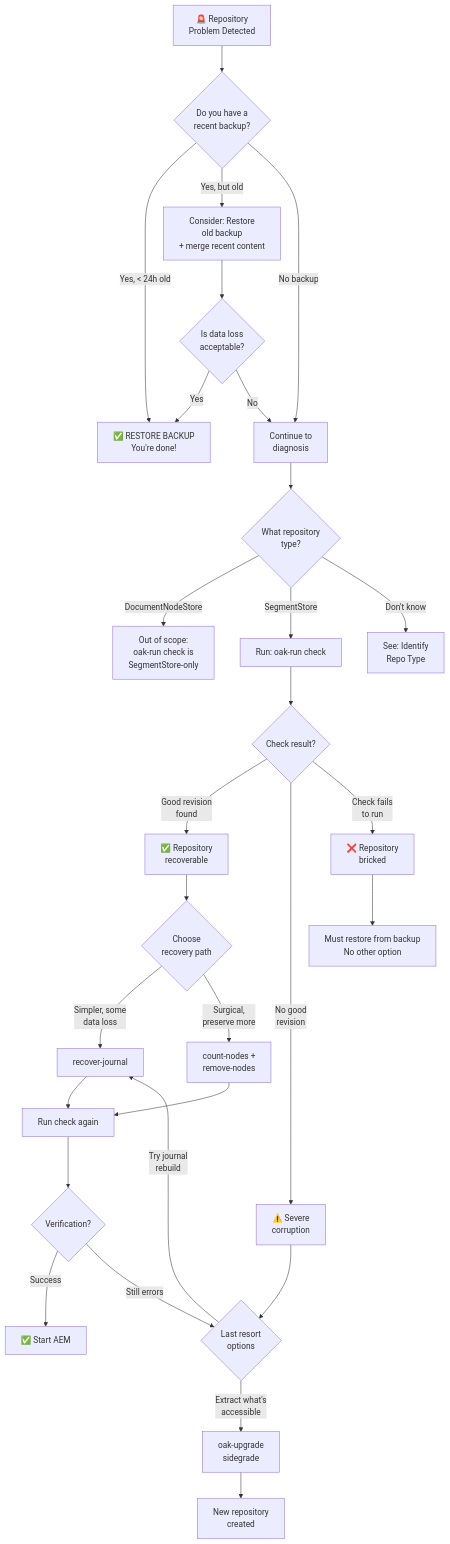
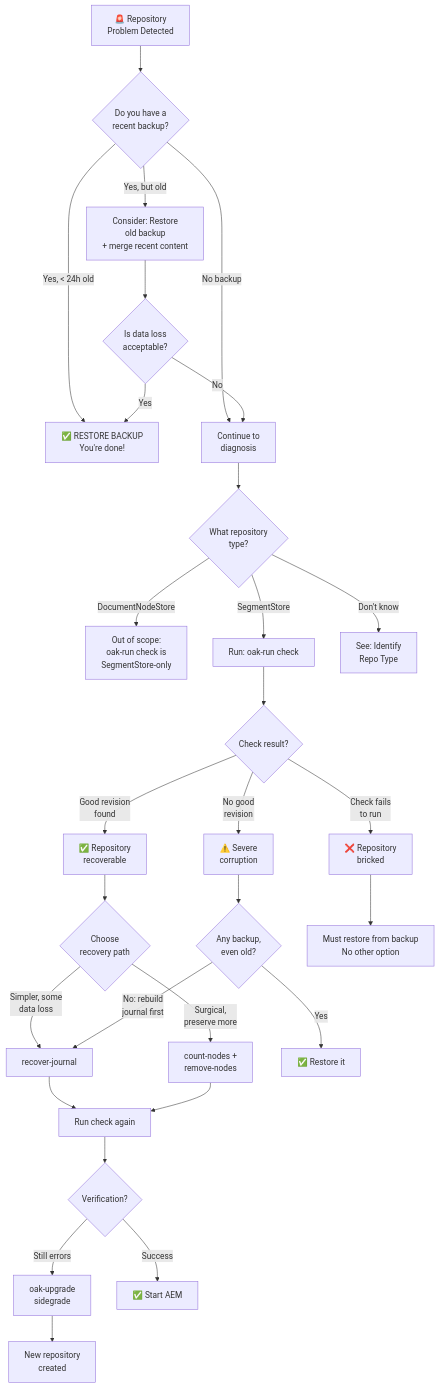
Before and after one commit to somarc/oak-magnum-oakus: the diagram in docs/crisis/decision-tree.md, drawn with Mermaid. The commit also changed other lines of this file and 6 other files, not shown here.

````diff
--- a/docs/crisis/decision-tree.md
+++ b/docs/crisis/decision-tree.md
@@ -5,44 +5,44 @@
 ```mermaid
 flowchart TD
     START[🚨 Repository<br/>Problem Detected] --> BACKUP{Do you have a<br/>recent backup?}
     
     BACKUP -->|Yes, < 24h old| RESTORE[✅ RESTORE BACKUP<br/>You're done!]
     BACKUP -->|Yes, but old| OLD_BACKUP[Consider: Restore<br/>old backup<br/>+ merge recent content]
     BACKUP -->|No backup| NO_BACKUP[Continue to<br/>diagnosis]
     
     OLD_BACKUP --> ACCEPTABLE{Is data loss<br/>acceptable?}
     ACCEPTABLE -->|Yes| RESTORE
     ACCEPTABLE -->|No| NO_BACKUP
     
     NO_BACKUP --> IDENTIFY{What repository<br/>type?}
     
     IDENTIFY -->|DocumentNodeStore| CHECK_DOC[Out of scope:<br/>oak-run check is<br/>SegmentStore-only]
     IDENTIFY -->|SegmentStore| CHECK_SEG[Run: oak-run check]
     IDENTIFY -->|Don't know| IDENTIFY_HELP[See: Identify<br/>Repo Type]
     
     CHECK_SEG --> CHECK_RESULT{Check result?}
     
     CHECK_RESULT -->|Good revision<br/>found| GOOD_REV[✅ Repository<br/>recoverable]
     CHECK_RESULT -->|No good<br/>revision| NO_REV[⚠️ Severe<br/>corruption]
     CHECK_RESULT -->|Check fails<br/>to run| BRICKED[❌ Repository<br/>bricked]
     
     GOOD_REV --> RECOVERY_PATH{Choose<br/>recovery path}
     
     RECOVERY_PATH -->|Simpler, some<br/>data loss| RECOVER_JOURNAL[recover-journal]
     RECOVERY_PATH -->|Surgical,<br/>preserve more| SURGICAL[count-nodes +<br/>remove-nodes]
     
-    NO_REV --> LAST_RESORT{Last resort<br/>options}
+    NO_REV --> LAST_RESORT{Any backup,<br/>even old?}
     
-    LAST_RESORT -->|Try journal<br/>rebuild| RECOVER_JOURNAL
-    LAST_RESORT -->|Extract what's<br/>accessible| SIDEGRADE[oak-upgrade<br/>sidegrade]
+    LAST_RESORT -->|Yes| RESTORE_OLD[✅ Restore it]
+    LAST_RESORT -->|No: rebuild<br/>journal first| RECOVER_JOURNAL
     
     BRICKED --> MUST_RESTORE[Must restore from backup<br/>No other option]
     
     RECOVER_JOURNAL --> VERIFY[Run check again]
     SURGICAL --> VERIFY
-    SIDEGRADE --> NEW_REPO[New repository<br/>created]
+    SIDEGRADE[oak-upgrade<br/>sidegrade] --> NEW_REPO[New repository<br/>created]
     
     VERIFY --> VERIFY_RESULT{Verification?}
     VERIFY_RESULT -->|Success| DONE[✅ Start AEM]
-    VERIFY_RESULT -->|Still errors| LAST_RESORT
+    VERIFY_RESULT -->|Still errors| SIDEGRADE
 ```
````
